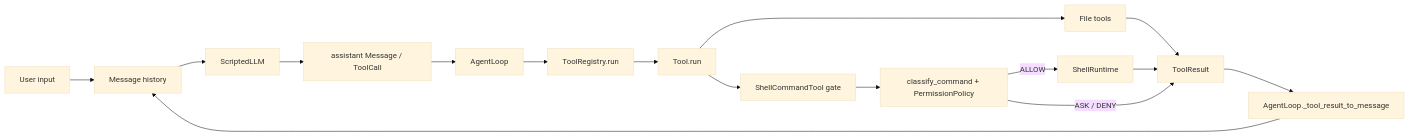
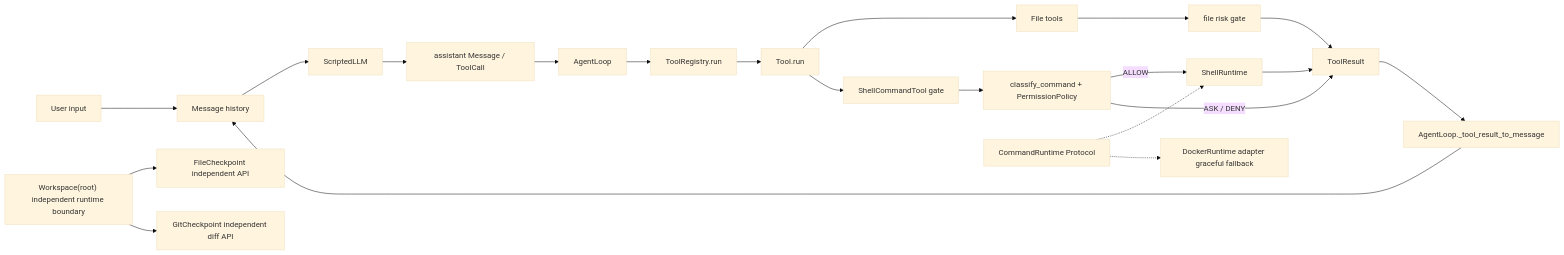
One commit to nanhanq1/personal-coding-assistant changed the first of 4 diagrams in ARCHITECTURE.md. Above: the diagram before and after it, drawn with Mermaid (base theme). The commit also changed other lines of this file and 37 other files, not shown here.

````diff
--- a/ARCHITECTURE.md
+++ b/ARCHITECTURE.md
@@ -7,18 +7,25 @@
 ```mermaid
 flowchart LR
     U["User input"] --> H["Message history"]
     H --> L["ScriptedLLM"]
     L --> A["assistant Message / ToolCall"]
     A --> Loop["AgentLoop"]
     Loop --> R["ToolRegistry.run"]
     R --> T["Tool.run"]
     T --> F["File tools"]
     T --> G["ShellCommandTool gate"]
     G --> P["classify_command + PermissionPolicy"]
     P -->|ALLOW| S["ShellRuntime"]
     P -->|ASK / DENY| TR
-    F --> TR["ToolResult"]
+    F --> Q["file risk gate"]
+    Q --> TR["ToolResult"]
     S --> TR
     TR --> M["AgentLoop._tool_result_to_message"]
     M --> H
+    W["Workspace(root) independent runtime boundary"]
+    W --> Ck["FileCheckpoint independent API"]
+    W --> Gk["GitCheckpoint independent diff API"]
+    CR["CommandRuntime Protocol"]
+    CR -.-> S
+    CR -.-> Dk["DockerRuntime adapter graceful fallback"]
 ```
````
